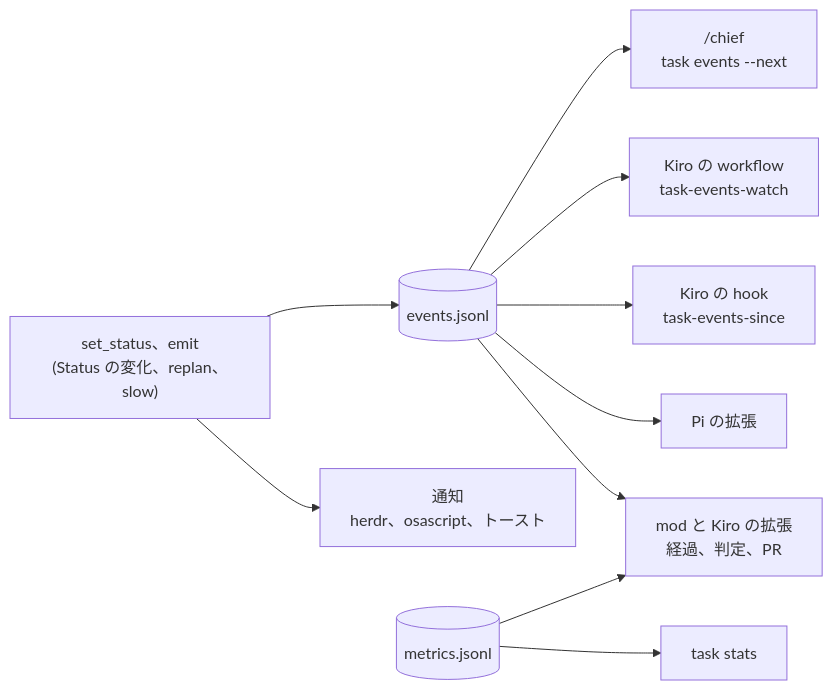
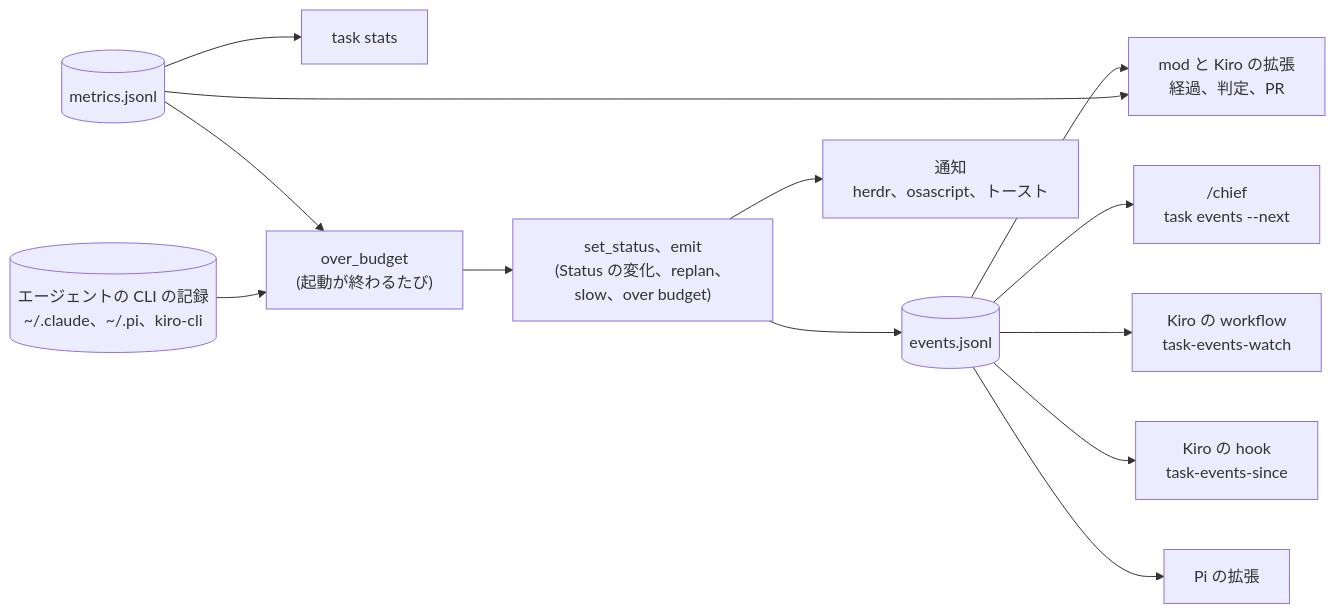
The fourth of 9 diagrams in docs/architecture/hld.md (jyoka/task-hub), drawn with Mermaid before and after one commit. The commit also changed other lines of this file and 12 other files, not shown here.

````diff
--- a/docs/architecture/hld.md
+++ b/docs/architecture/hld.md
@@ -206,12 +207,15 @@
 ```mermaid
 flowchart LR
-    setstatus["set_status、emit<br/>(Status の変化、replan、slow)"] --> events[("events.jsonl")]
+    setstatus["set_status、emit<br/>(Status の変化、replan、slow、over budget)"] --> events[("events.jsonl")]
     setstatus --> note["通知<br/>herdr、osascript、トースト"]
     events --> chief["/chief<br/>task events --next"]
     events --> kwf["Kiro の workflow<br/>task-events-watch"]
     events --> khook["Kiro の hook<br/>task-events-since"]
     events --> pi["Pi の拡張"]
     events --> mod["mod と Kiro の拡張<br/>経過、判定、PR"]
     metrics[("metrics.jsonl")] --> stats["task stats"]
     metrics --> mod
+    metrics --> budget["over_budget<br/>(起動が終わるたび)"]
+    records[("エージェントの CLI の記録<br/>~/.claude、~/.pi、kiro-cli")] --> budget
+    budget --> setstatus
 ```
````
